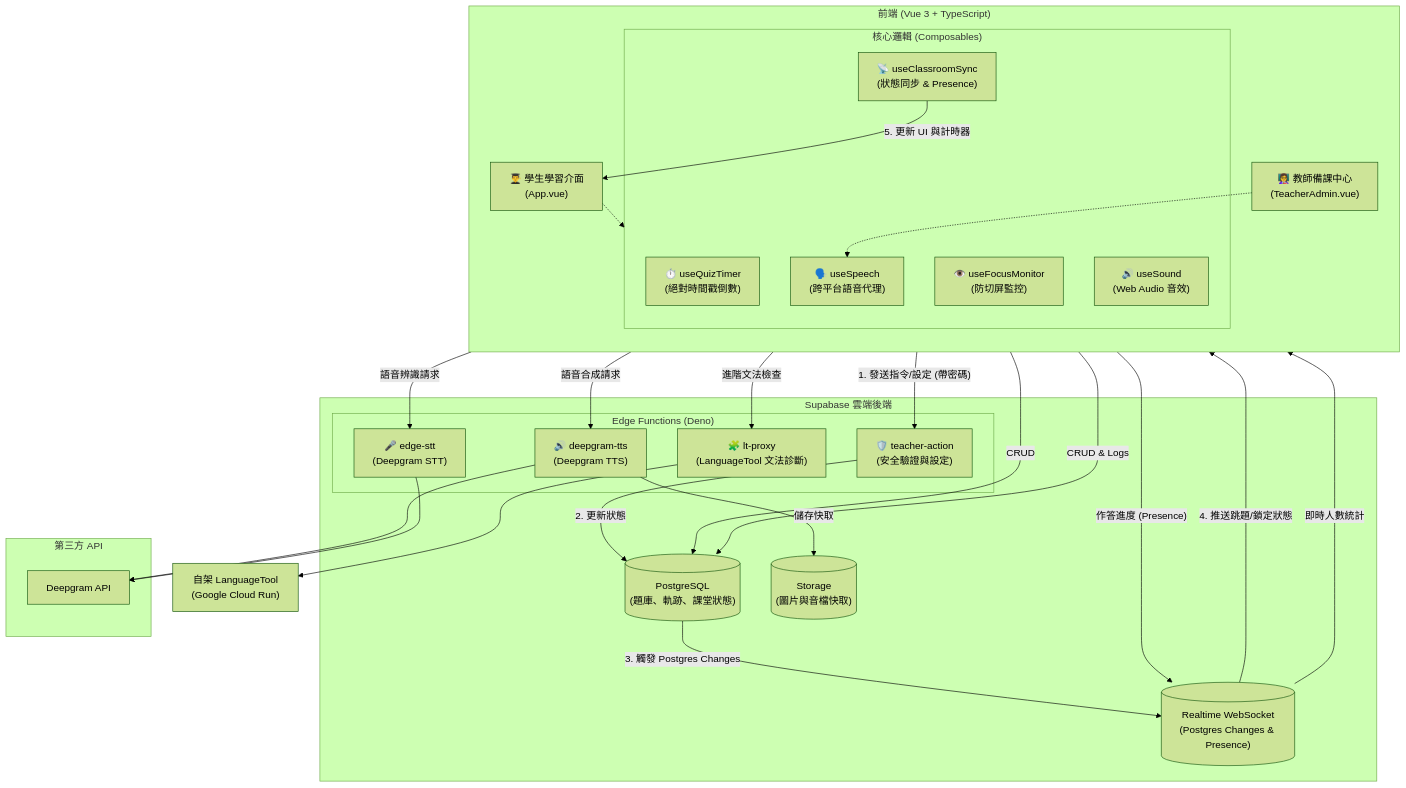
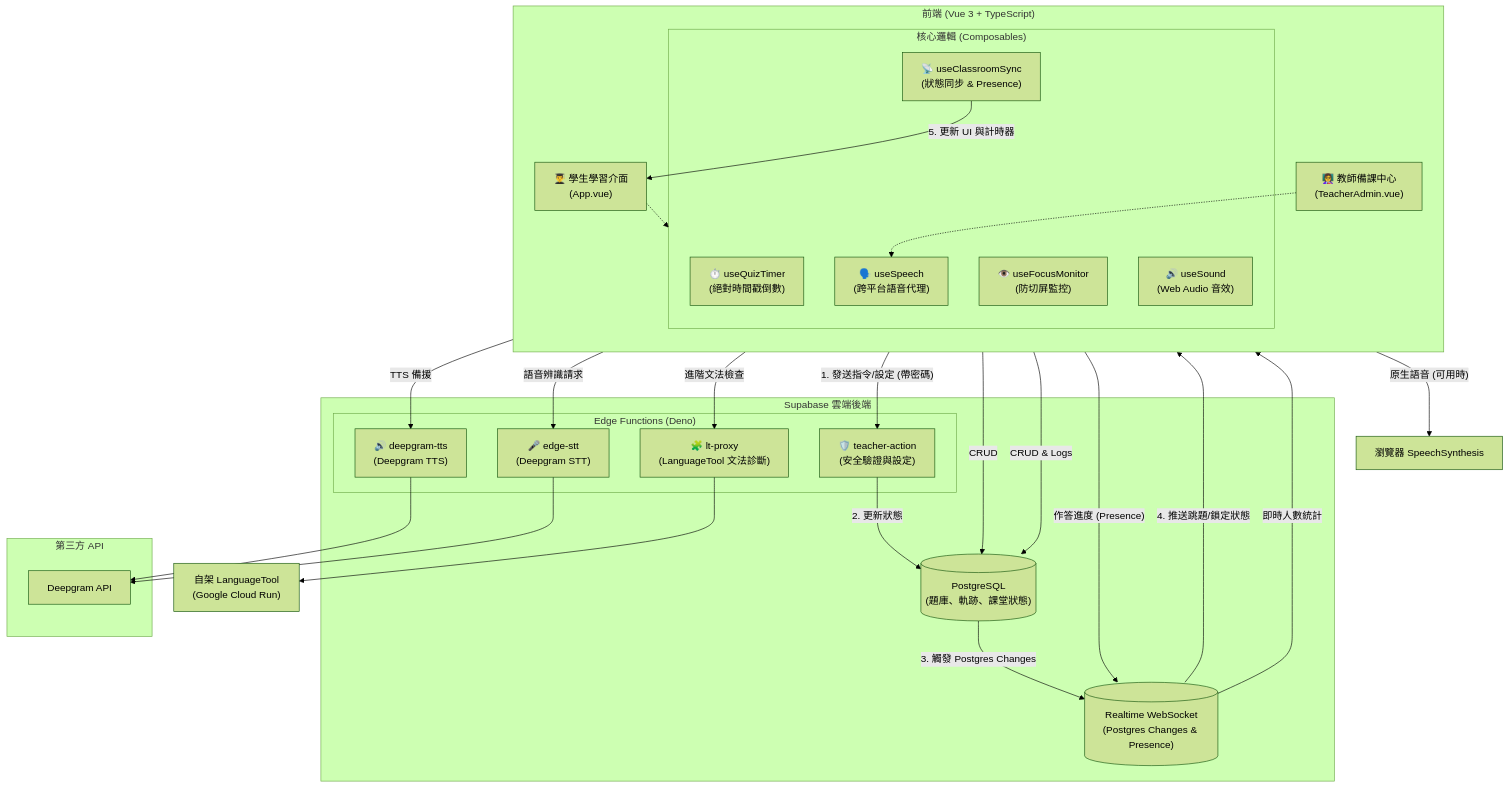
One commit to ylin3-learner/SyntaxHunt changed the second of 3 diagrams in README.zh-TW.md. Above: the diagram before and after it, drawn with Mermaid (forest theme). The commit also changed other lines of this file and 1 other file, not shown here.

````diff
--- a/README.zh-TW.md
+++ b/README.zh-TW.md
@@ -73,60 +73,59 @@
 ```mermaid
 graph TD
     subgraph Client ["前端 (Vue 3 + TypeScript)"]
         direction TB
         AdminUI["👩‍🏫 教師備課中心<br>(TeacherAdmin.vue)"]
         StudentUI["👨‍🎓 學生學習介面<br>(App.vue)"]
         
         subgraph Composables ["核心邏輯 (Composables)"]
             Timer["⏱️ useQuizTimer<br>(絕對時間戳倒數)"]
             Focus["👁️ useFocusMonitor<br>(防切屏監控)"]
             Sound["🔊 useSound<br>(Web Audio 音效)"]
             Speech["🗣️ useSpeech<br>(跨平台語音代理)"]
             Sync["📡 useClassroomSync<br>(狀態同步 & Presence)"]
         end
     end
 
     subgraph Supabase ["Supabase 雲端後端"]
         DB[("PostgreSQL<br>(題庫、軌跡、課堂狀態)")]
         Realtime[("Realtime WebSocket<br>(Postgres Changes & Presence)")]
-        Storage[("Storage<br>(圖片與音檔快取)")]
-        
         subgraph EdgeFunctions ["Edge Functions (Deno)"]
             Action_Proxy["🛡️ teacher-action<br>(安全驗證與設定)"]
             TTS_Proxy["🔊 deepgram-tts<br>(Deepgram TTS)"]
             STT_Proxy["🎤 edge-stt<br>(Deepgram STT)"]
             LT_Proxy["🧩 lt-proxy<br>(LanguageTool 文法診斷)"]
         end
     end
 
     subgraph ThirdParty ["第三方 API"]
         Deepgram["Deepgram API"]
     end
+
+    BrowserTTS["瀏覽器 SpeechSynthesis"]
 
     %% 資料流
     AdminUI -- "1. 發送指令/設定 (帶密碼)" --> Action_Proxy
     Action_Proxy -- "2. 更新狀態" --> DB
     DB -- "3. 觸發 Postgres Changes" --> Realtime
     Realtime -- "4. 推送跳題/鎖定狀態" --> Sync
     Sync -- "5. 更新 UI 與計時器" --> StudentUI
     
     %% Presence 流
     StudentUI -- "作答進度 (Presence)" --> Realtime
     Realtime -- "即時人數統計" --> AdminUI
     
     AdminUI -- "CRUD" --> DB
     StudentUI -- "CRUD & Logs" --> DB
     
-    StudentUI -- "語音合成請求" --> TTS_Proxy
+    StudentUI -- "原生語音 (可用時)" --> BrowserTTS
+    StudentUI -- "TTS 備援" --> TTS_Proxy
     TTS_Proxy --> Deepgram
-    TTS_Proxy -- "儲存快取" --> Storage
-    
     StudentUI -- "語音辨識請求" --> STT_Proxy
     STT_Proxy --> Deepgram
     StudentUI -- "進階文法檢查" --> LT_Proxy
     LT_Proxy --> LanguageTool["自架 LanguageTool<br>(Google Cloud Run)"]
 
     %% 邏輯依賴
     StudentUI -.-> Composables
     AdminUI -.-> Speech
 ```
````
